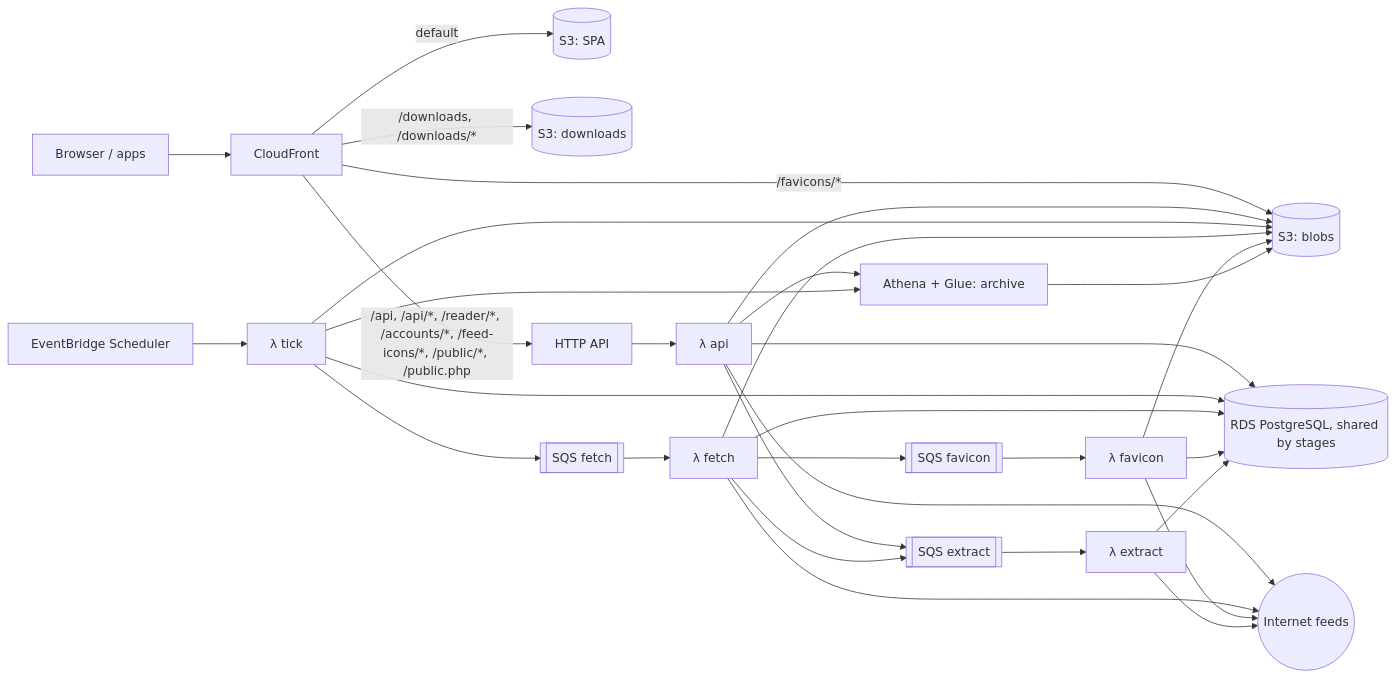
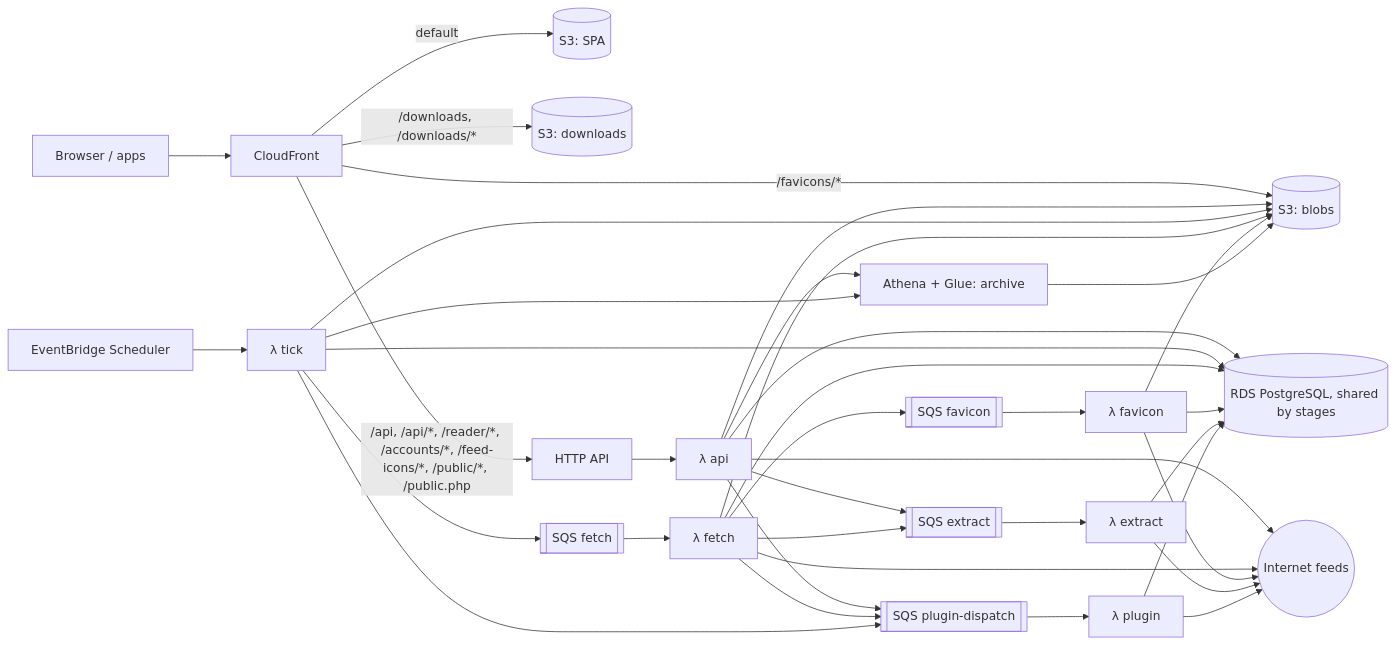
Before and after one commit to newses-app/newses: the diagram in docs/architecture.md, drawn with Mermaid. The commit also changed other lines of this file and 34 other files, not shown here.

````diff
--- a/docs/architecture.md
+++ b/docs/architecture.md
@@ -587,16 +592,17 @@
 ```mermaid
 flowchart LR
   U[Browser / apps] --> CF[CloudFront]
   CF -- default --> S3W[(S3: SPA)]
   CF -- "/downloads, /downloads/*" --> S3D[(S3: downloads)]
   CF -- "/favicons/*" --> S3B
   CF -- "/api, /api/*, /reader/*, /accounts/*, /feed-icons/*, /public/*, /public.php" --> API[HTTP API] --> FA[λ api]
   EB[EventBridge Scheduler] --> FT[λ tick]
   FT --> QF[[SQS fetch]] --> FF[λ fetch]
   FF --> QI[[SQS favicon]] --> FI[λ favicon]
   FA & FF --> QX[[SQS extract]] --> FX[λ extract]
-  FA & FT & FF & FI & FX --> DB[(RDS PostgreSQL, shared by stages)]
+  FA & FF & FT --> QP[[SQS plugin-dispatch]] --> FP[λ plugin]
+  FA & FT & FF & FI & FX & FP --> DB[(RDS PostgreSQL, shared by stages)]
   FA & FT & FF & FI --> S3B[(S3: blobs)]
   FA & FT --> ATH[Athena + Glue: archive] --> S3B
-  FA & FF & FI & FX --> NET((Internet feeds))
+  FA & FF & FI & FX & FP --> NET((Internet feeds))
 ```
````
